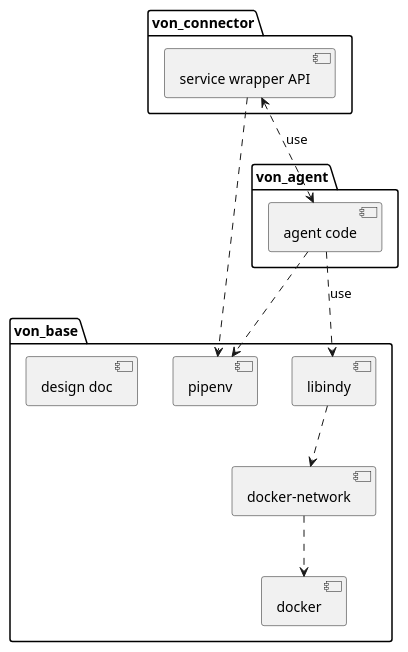
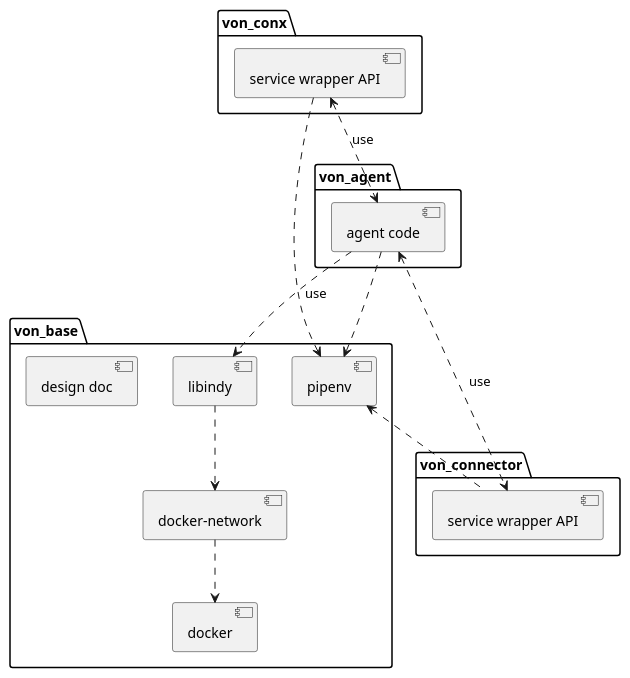
One commit to PSPC-SPAC-buyandsell/von_base changed the diagram in doc/pic/src/package.puml. Above: the diagram before and after it, drawn with PlantUML. The commit also changed 4 other files, not shown here.

Commit message:
Include von_conx, schema & claim-def caches

```diff
--- a/doc/pic/src/package.puml
+++ b/doc/pic/src/package.puml
@@ -1,40 +1,46 @@
 @startuml
 /'
 Copyright 2017-2018 Government of Canada - Public Services and Procurement Canada - buyandsell.gc.ca
 
 Licensed under the Apache License, Version 2.0 (the "License");
 you may not use this file except in compliance with the License.
 You may obtain a copy of the License at
 
 http://www.apache.org/licenses/LICENSE-2.0
 
 Unless required by applicable law or agreed to in writing, software
 distributed under the License is distributed on an "AS IS" BASIS,
 WITHOUT WARRANTIES OR CONDITIONS OF ANY KIND, either express or implied.
 See the License for the specific language governing permissions and
 limitations under the License.
 '/
 
 package von_base {
     [docker] as docker
     [libindy] as libindy
     [docker-network] as docker_network
     [pipenv] as pipenv
     [design doc]
 }
 
 package von_agent {
     [agent code] as agent_code
 }
 
-package von_connector {
-    [service wrapper API] as service_wrapper_api
+package von_conx {
+    [service wrapper API] as von_conx_service_wrapper_api
 }
 
-service_wrapper_api ..> pipenv
+package von_connector {
+    [service wrapper API] as von_conn_service_wrapper_api
+}
+
+von_conx_service_wrapper_api ..> pipenv
+von_conx_service_wrapper_api <..> agent_code: use
+von_conn_service_wrapper_api .up.> pipenv
+von_conn_service_wrapper_api <.up.> agent_code: use
 agent_code ..> pipenv
-service_wrapper_api <..> agent_code: use
 agent_code ..> libindy: use
 libindy .down.> docker_network
 docker_network .down.>docker
 @enduml
```
